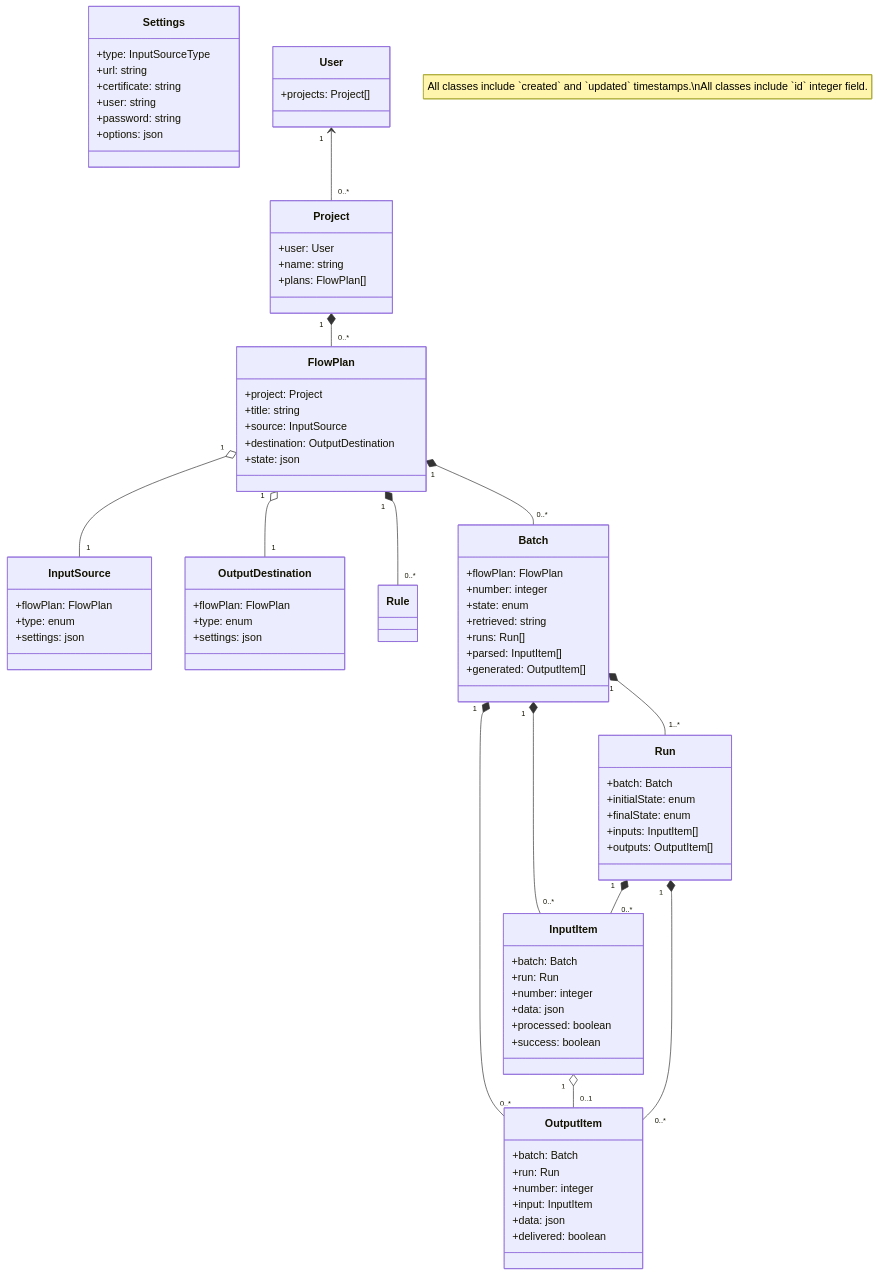
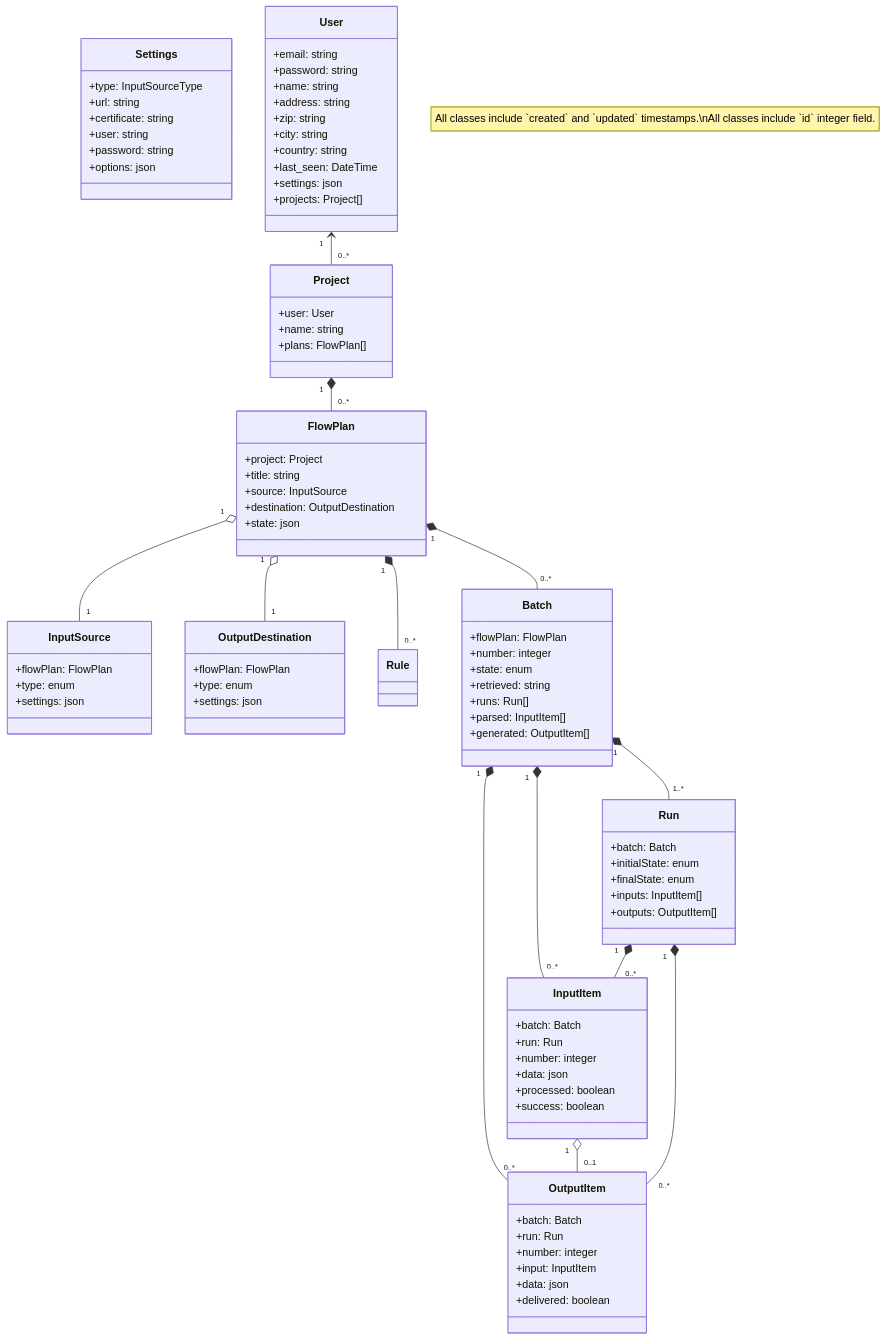
The diagram in docs/docs/guides/uml.mdx (dataplugoy/tasenor-data-exchange), drawn with Mermaid before and after one commit. The commit also changed 1 other file, not shown here.

Commit message:
TADEX-34: UML update for user.

```diff
--- a/docs/docs/guides/uml.mdx
+++ b/docs/docs/guides/uml.mdx
@@ -19,6 +19,15 @@
     }
 
     class User{
+      +email: string
+      +password: string
+      +name: string
+      +address: string
+      +zip: string
+      +city: string
+      +country: string
+      +last_seen: DateTime
+      +settings: json
       +projects: Project[]
     }
 
```
